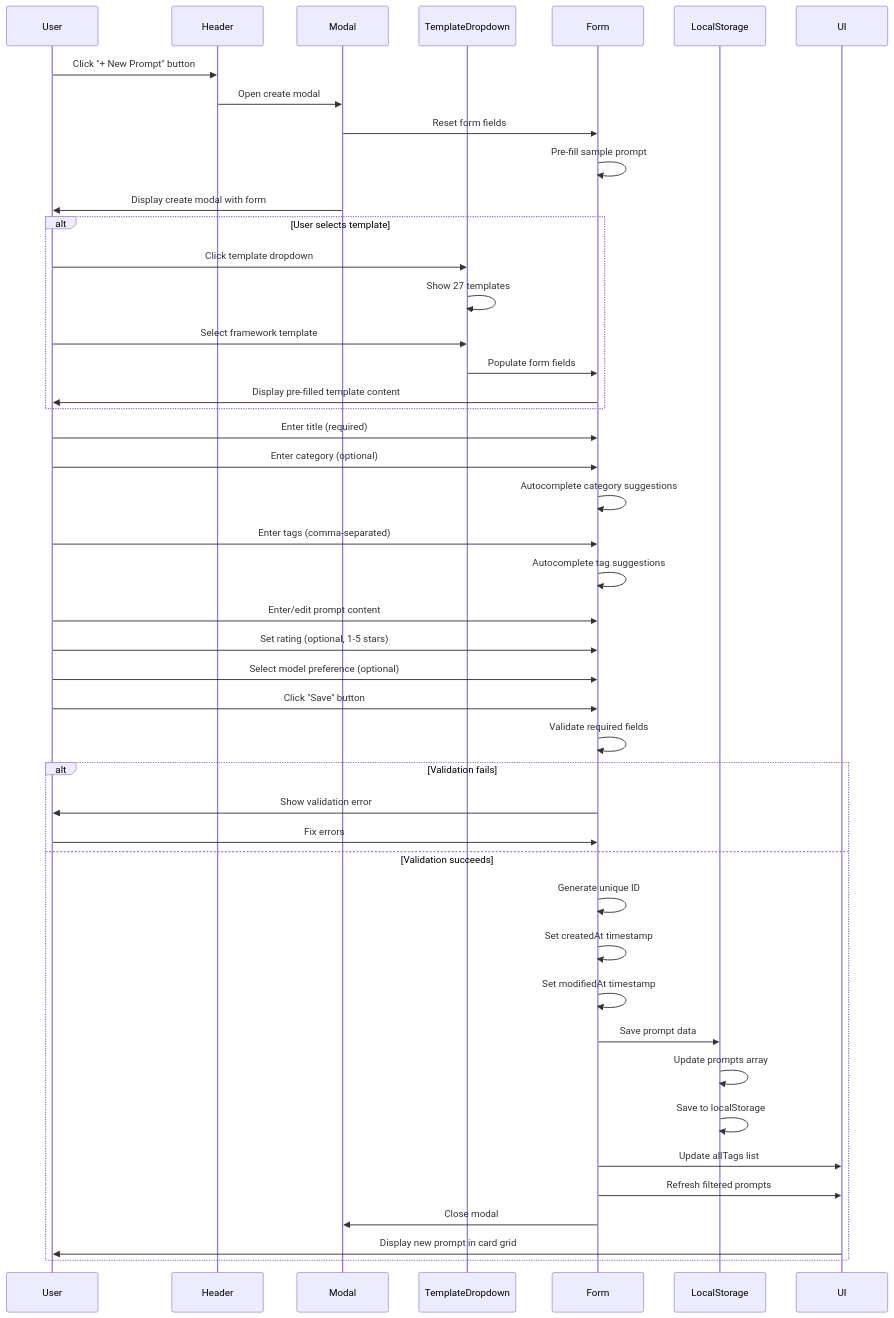
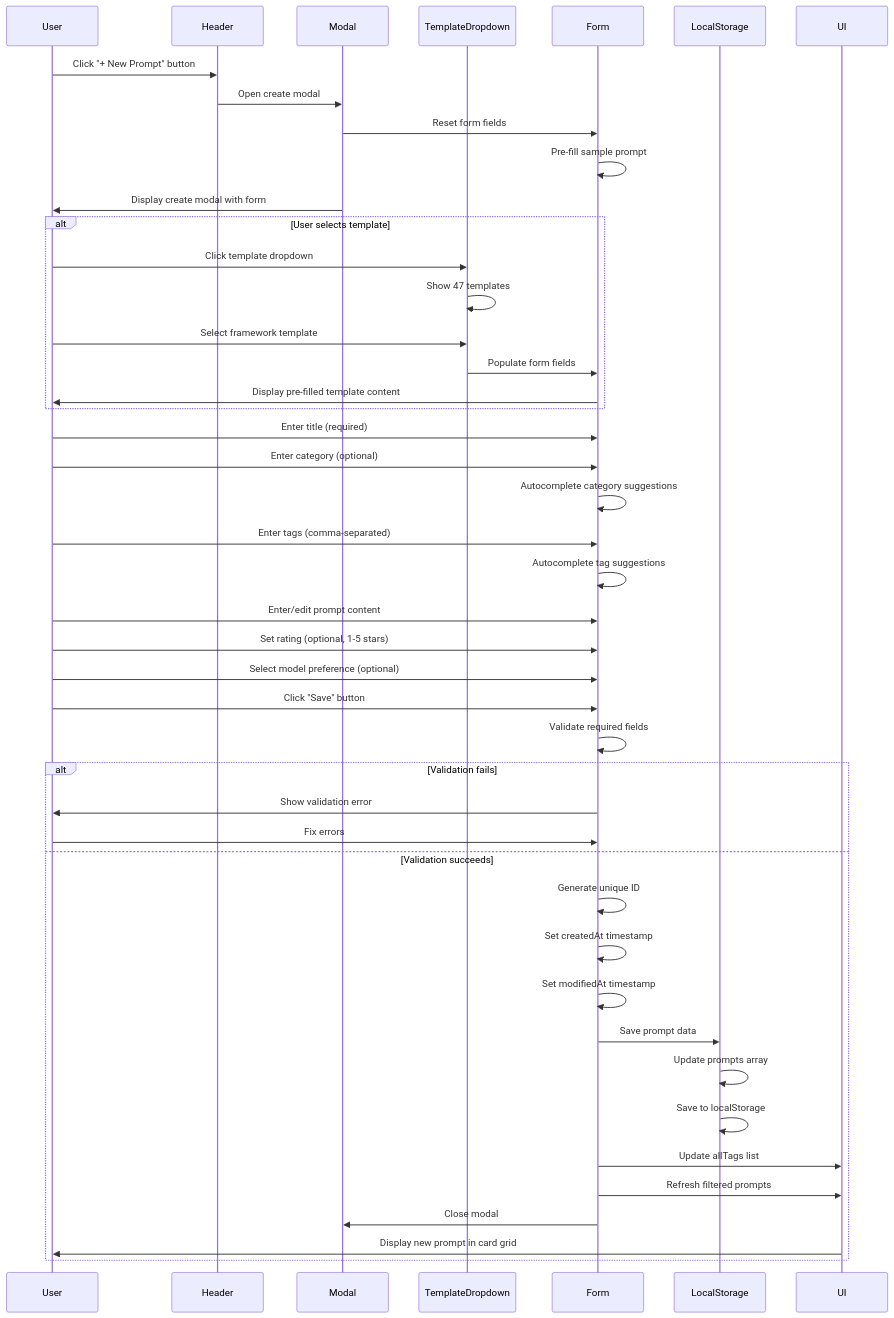
Before and after one commit to martinfou/prompt-vault: the first of 6 diagrams in docs/UX/08_Sequence_Diagrams.md, drawn with Mermaid. The commit also changed other lines of this file and 10 other files, not shown here.

````diff
--- a/docs/UX/08_Sequence_Diagrams.md
+++ b/docs/UX/08_Sequence_Diagrams.md
@@ -14,52 +14,52 @@
 ```mermaid
 sequenceDiagram
     participant User
     participant Header
     participant Modal
     participant TemplateDropdown
     participant Form
     participant LocalStorage
     participant UI
 
     User->>Header: Click "+ New Prompt" button
     Header->>Modal: Open create modal
     Modal->>Form: Reset form fields
     Form->>Form: Pre-fill sample prompt
     Modal->>User: Display create modal with form
     
     alt User selects template
         User->>TemplateDropdown: Click template dropdown
-        TemplateDropdown->>TemplateDropdown: Show 27 templates
+        TemplateDropdown->>TemplateDropdown: Show 47 templates
         User->>TemplateDropdown: Select framework template
         TemplateDropdown->>Form: Populate form fields
         Form->>User: Display pre-filled template content
     end
     
     User->>Form: Enter title (required)
     User->>Form: Enter category (optional)
     Form->>Form: Autocomplete category suggestions
     User->>Form: Enter tags (comma-separated)
     Form->>Form: Autocomplete tag suggestions
     User->>Form: Enter/edit prompt content
     User->>Form: Set rating (optional, 1-5 stars)
     User->>Form: Select model preference (optional)
     
     User->>Form: Click "Save" button
     Form->>Form: Validate required fields
     
     alt Validation fails
         Form->>User: Show validation error
         User->>Form: Fix errors
     else Validation succeeds
         Form->>Form: Generate unique ID
         Form->>Form: Set createdAt timestamp
         Form->>Form: Set modifiedAt timestamp
         Form->>LocalStorage: Save prompt data
         LocalStorage->>LocalStorage: Update prompts array
         LocalStorage->>LocalStorage: Save to localStorage
         Form->>UI: Update allTags list
         Form->>UI: Refresh filtered prompts
         Form->>Modal: Close modal
         UI->>User: Display new prompt in card grid
     end
 ```
````
